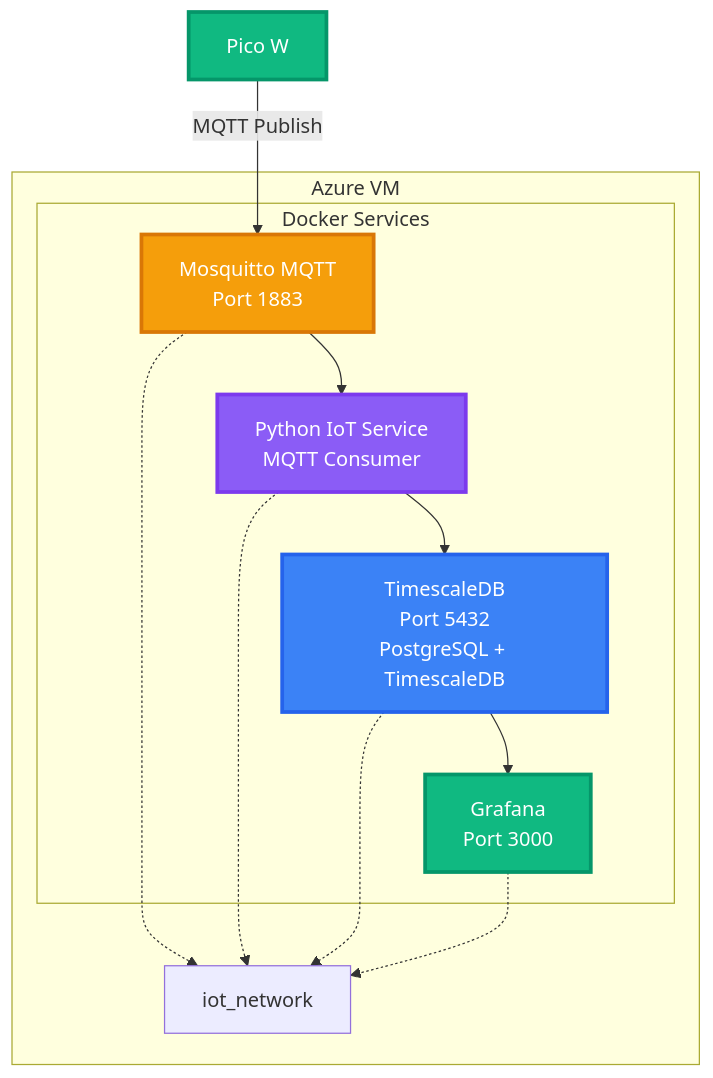
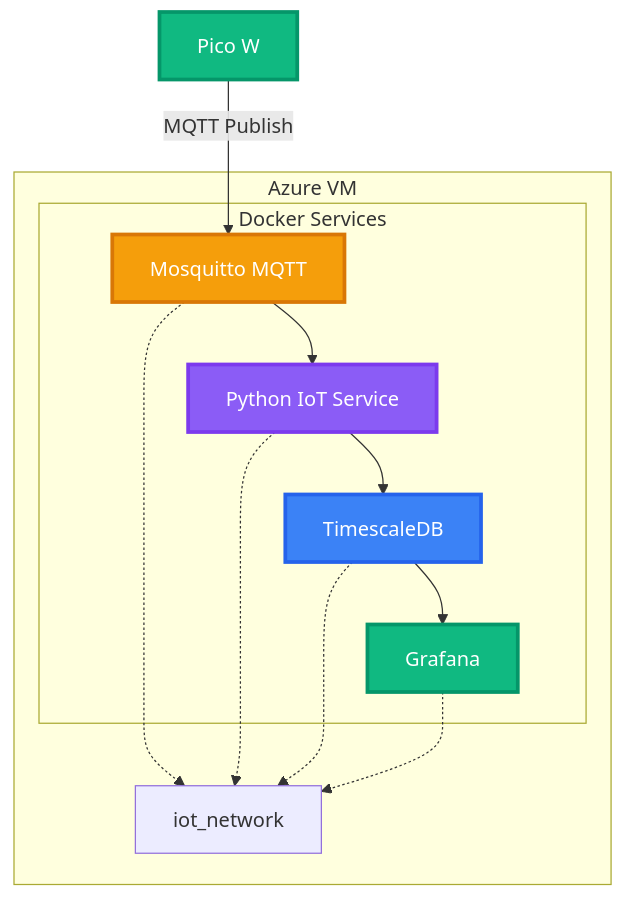
The third of 7 diagrams in architecture3.md (nathandiez/nathandiez), drawn with Mermaid before and after one commit. The commit also changed other lines of this file, not shown here.

````diff
--- a/architecture3.md
+++ b/architecture3.md
@@ -31,36 +31,36 @@
 ```mermaid
 graph TB
   PICO_VM["Pico W"] 
   
   subgraph "Azure VM"
     subgraph "Docker Services"
-      MQTT["Mosquitto MQTT<br/>Port 1883"]
-      DB["TimescaleDB<br/>Port 5432<br/>PostgreSQL + TimescaleDB"]
-      SERVICE["Python IoT Service<br/>MQTT Consumer"]
-      GRAFANA["Grafana<br/>Port 3000"]
+      MQTT["Mosquitto MQTT"]
+      DB["TimescaleDB"]
+      SERVICE["Python IoT Service"]
+      GRAFANA["Grafana"]
     end
     DOCKER_NET["iot_network"]
   end
   
   PICO_VM -->|"MQTT Publish"| MQTT
   MQTT --> SERVICE
   SERVICE --> DB
   DB --> GRAFANA
   
   MQTT -.-> DOCKER_NET
   SERVICE -.-> DOCKER_NET
   DB -.-> DOCKER_NET
   GRAFANA -.-> DOCKER_NET
   
   classDef device fill:#10b981,stroke:#059669,stroke-width:3px,color:#fff
   classDef mqtt fill:#f59e0b,stroke:#d97706,stroke-width:3px,color:#fff
   classDef db fill:#3b82f6,stroke:#2563eb,stroke-width:3px,color:#fff
   classDef service fill:#8b5cf6,stroke:#7c3aed,stroke-width:3px,color:#fff
   classDef viz fill:#10b981,stroke:#059669,stroke-width:3px,color:#fff
   
   class PICO_VM device
   class MQTT mqtt
   class DB db
   class SERVICE service
   class GRAFANA viz
 ```
````
